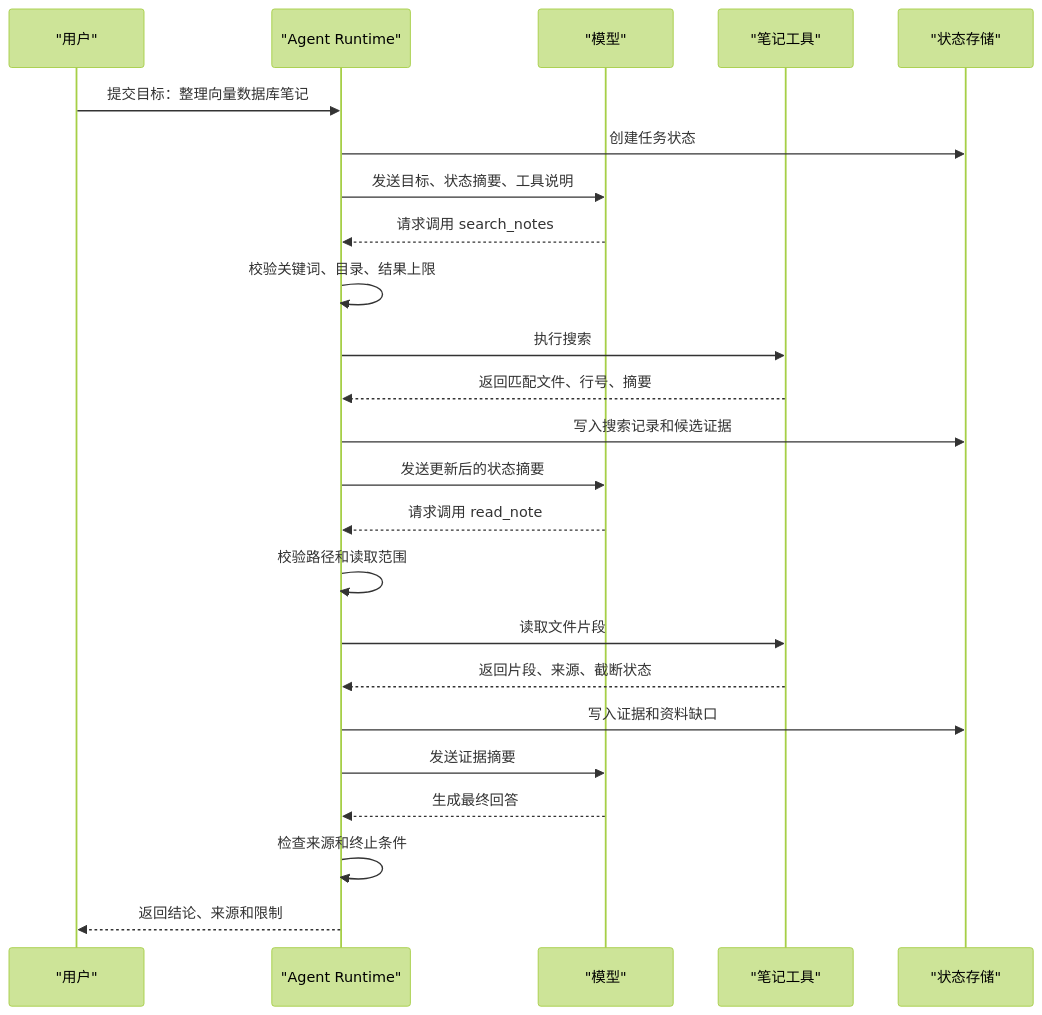
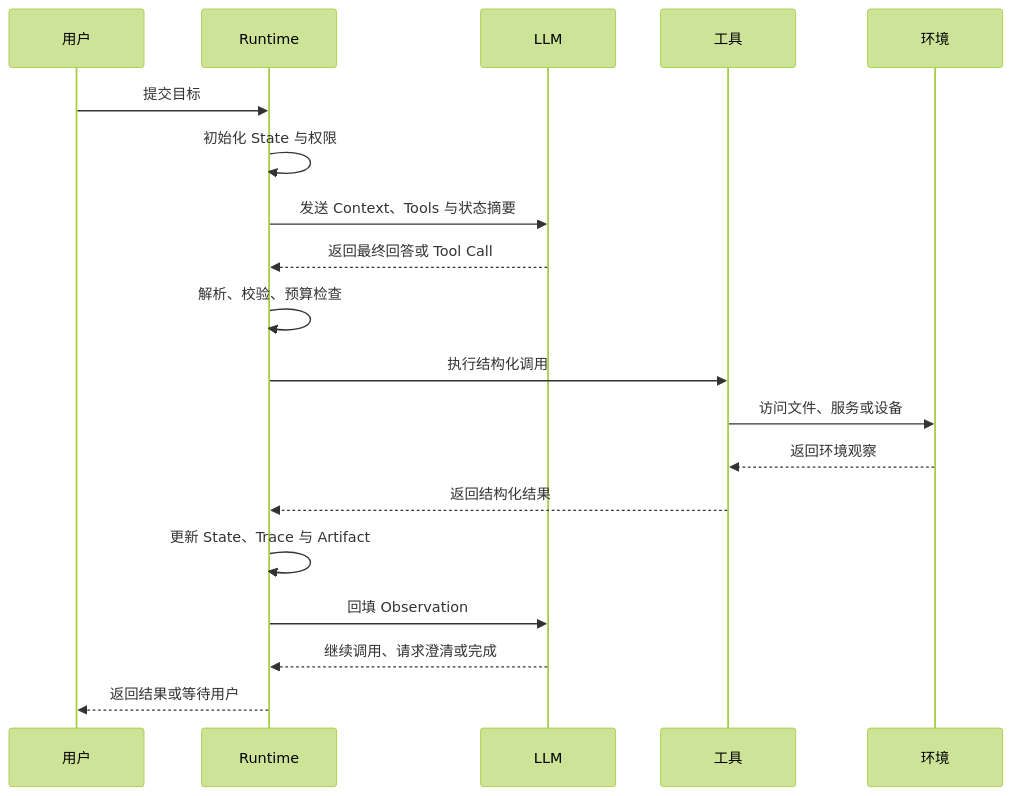
One commit to Doge2077/liyyro changed the second of 4 diagrams in docs/AI/Agent Engineering/Agent基础/基础概念.md. Above: the diagram before and after it, drawn with Mermaid (forest theme). The commit also changed other lines of this file, not shown here.

Commit message:
docs: rewrite agent fundamentals from ai agent book

````diff
--- a/docs/AI/Agent Engineering/Agent基础/基础概念.md
+++ b/docs/AI/Agent Engineering/Agent基础/基础概念.md
@@ -207,27 +618,22 @@
 ```mermaid
 sequenceDiagram
-  participant User as "用户"
-  participant Runtime as "Agent Runtime"
-  participant Model as "模型"
-  participant Tool as "笔记工具"
-  participant Store as "状态存储"
+  participant U as 用户
+  participant R as Runtime
+  participant M as LLM
+  participant T as 工具
+  participant E as 环境
 
-  User->>Runtime: 提交目标：整理向量数据库笔记
-  Runtime->>Store: 创建任务状态
-  Runtime->>Model: 发送目标、状态摘要、工具说明
-  Model-->>Runtime: 请求调用 search_notes
-  Runtime->>Runtime: 校验关键词、目录、结果上限
-  Runtime->>Tool: 执行搜索
-  Tool-->>Runtime: 返回匹配文件、行号、摘要
-  Runtime->>Store: 写入搜索记录和候选证据
-  Runtime->>Model: 发送更新后的状态摘要
-  Model-->>Runtime: 请求调用 read_note
-  Runtime->>Runtime: 校验路径和读取范围
-  Runtime->>Tool: 读取文件片段
-  Tool-->>Runtime: 返回片段、来源、截断状态
-  Runtime->>Store: 写入证据和资料缺口
-  Runtime->>Model: 发送证据摘要
-  Model-->>Runtime: 生成最终回答
-  Runtime->>Runtime: 检查来源和终止条件
-  Runtime-->>User: 返回结论、来源和限制
+  U->>R: 提交目标
+  R->>R: 初始化 State 与权限
+  R->>M: 发送 Context、Tools 与状态摘要
+  M-->>R: 返回最终回答或 Tool Call
+  R->>R: 解析、校验、预算检查
+  R->>T: 执行结构化调用
+  T->>E: 访问文件、服务或设备
+  E-->>T: 返回环境观察
+  T-->>R: 返回结构化结果
+  R->>R: 更新 State、Trace 与 Artifact
+  R->>M: 回填 Observation
+  M-->>R: 继续调用、请求澄清或完成
+  R-->>U: 返回结果或等待用户
 ```
````
